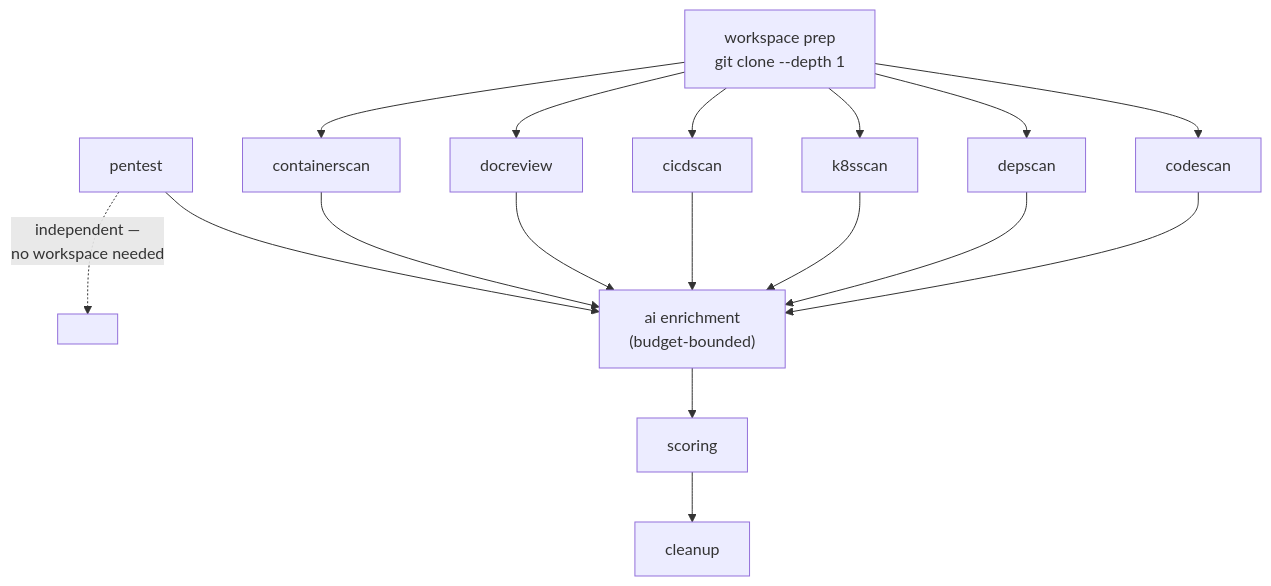
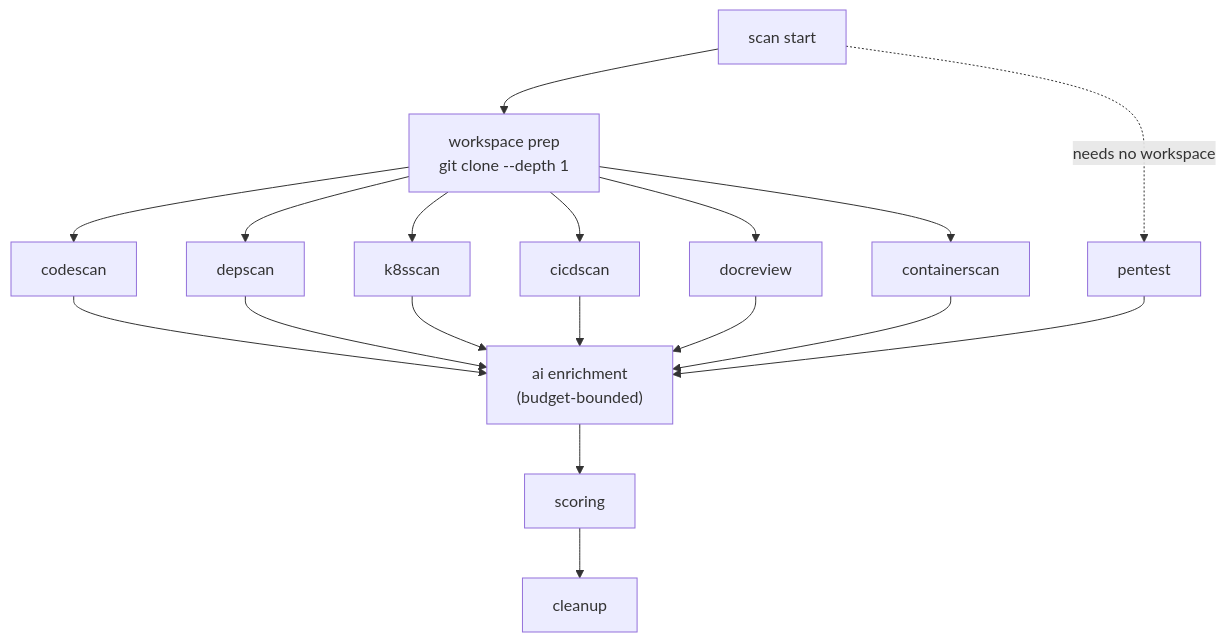
One commit to Ruhanyat-994/GuardPipe changed the fifth of 10 diagrams in documentation/05-module-specifications.md. Above: the diagram before and after it, drawn with Mermaid. The commit also changed other lines of this file and 3 other files, not shown here.

````diff
--- a/documentation/05-module-specifications.md
+++ b/documentation/05-module-specifications.md
@@ -310,13 +310,14 @@
 ```mermaid
 flowchart TB
     W["workspace prep<br/>git clone --depth 1"] --> CS[codescan]
     W --> DS[depscan]
     W --> K8[k8sscan]
     W --> CC[cicdscan]
     W --> DR[docreview]
     W --> CN[containerscan]
-    PT[pentest] -.->|independent —<br/>no workspace needed| X[ ]
+    ST["scan start"] -.->|"needs no workspace"| PT[pentest]
+    ST --> W
     CS & DS & K8 & CC & DR & CN & PT --> AIE["ai enrichment<br/>(budget-bounded)"]
     AIE --> SCO[scoring]
     SCO --> CL[cleanup]
 ```
````
